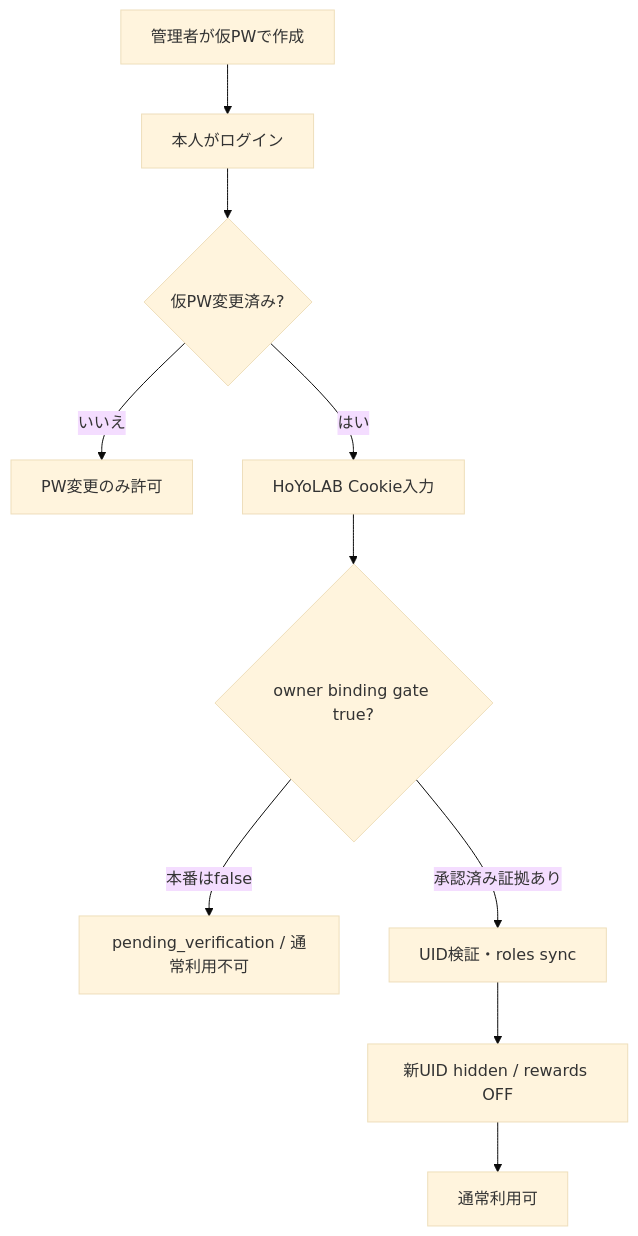
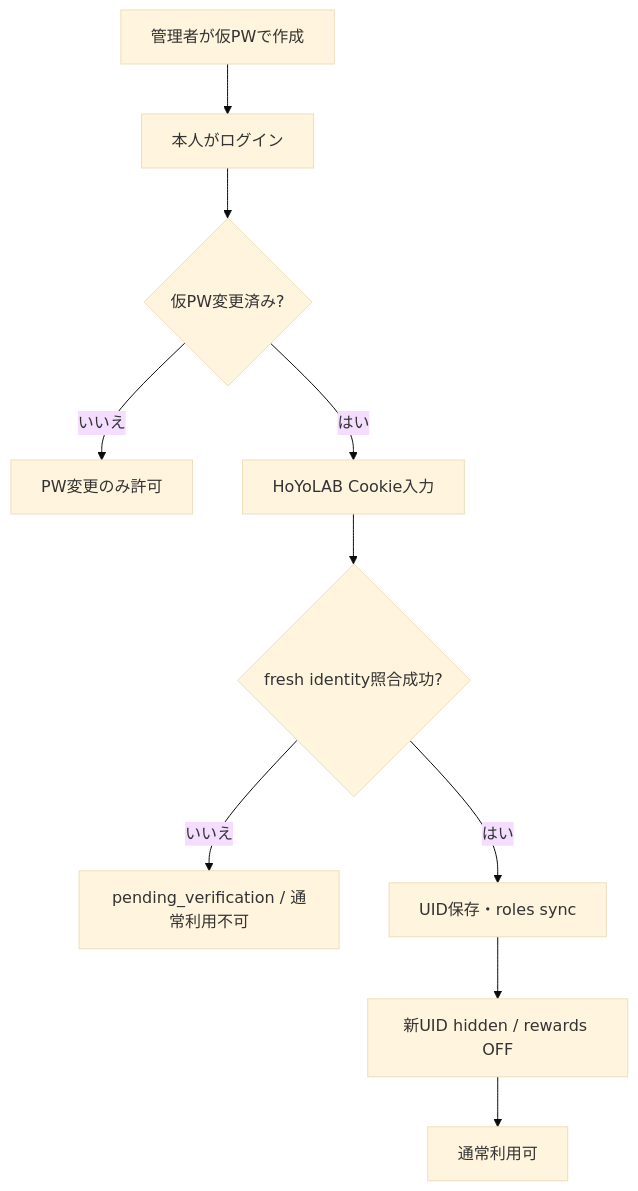
Before and after one commit to AttODao/AttOsHoYoDashboard: the diagram in docs/spec/AttOsGameDashboard.md, drawn with Mermaid (base theme). The commit also changed other lines of this file and 20 other files, not shown here.

````diff
--- a/docs/spec/AttOsGameDashboard.md
+++ b/docs/spec/AttOsGameDashboard.md
@@ -29,12 +29,12 @@
 ```mermaid
 flowchart TD
     A["管理者が仮PWで作成"] --> B["本人がログイン"]
     B --> C{"仮PW変更済み?"}
     C -->|いいえ| D["PW変更のみ許可"]
     C -->|はい| E["HoYoLAB Cookie入力"]
-    E --> F{"owner binding gate true?"}
-    F -->|本番はfalse| G["pending_verification / 通常利用不可"]
-    F -->|承認済み証拠あり| H["UID検証・roles sync"]
+    E --> F{"fresh identity照合成功?"}
+    F -->|いいえ| G["pending_verification / 通常利用不可"]
+    F -->|はい| H["UID保存・roles sync"]
     H --> I["新UID hidden / rewards OFF"]
     I --> J["通常利用可"]
 ```
````
